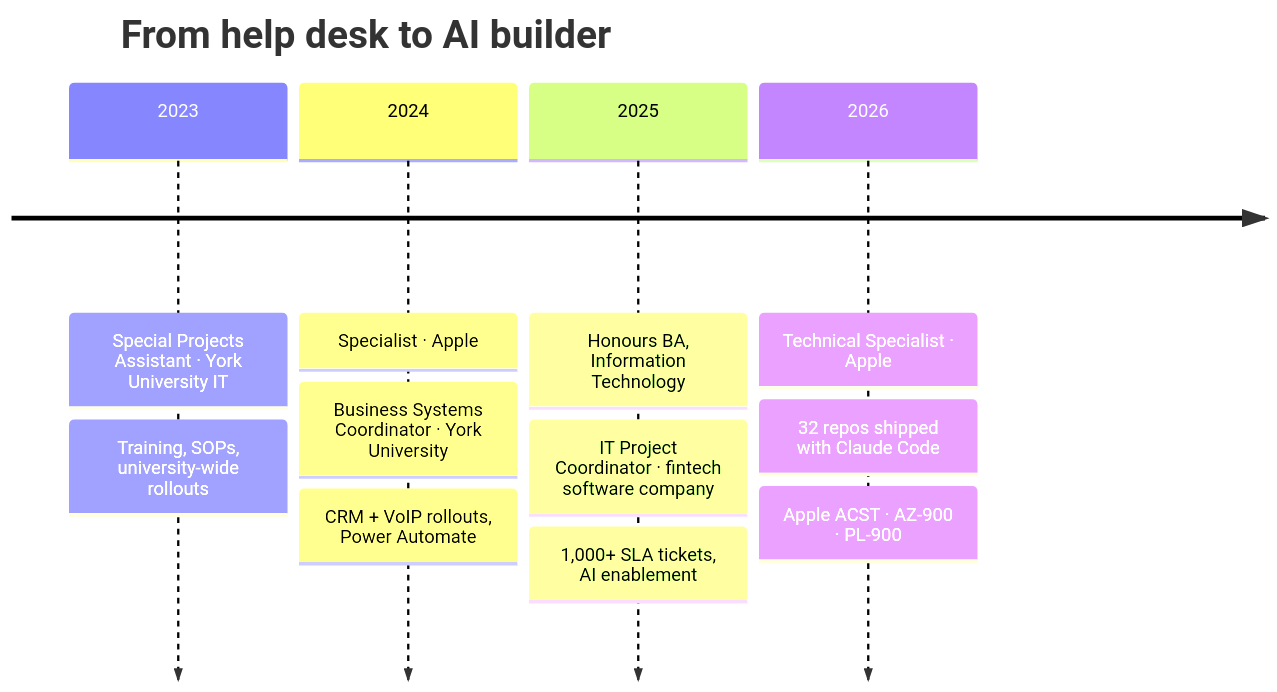
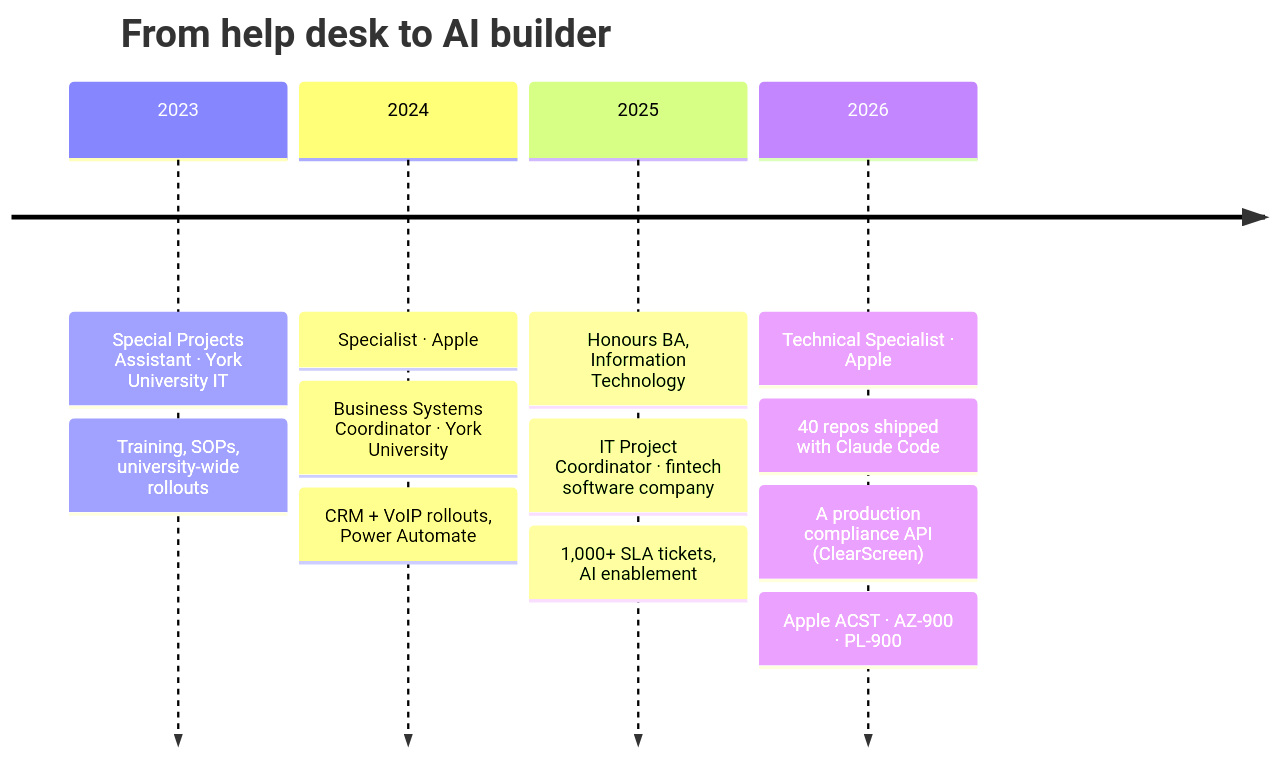
Before and after one commit to Ark310/Ark310: the diagram in README.md, drawn with Mermaid. The commit also changed other lines of this file, not shown here.

Commit message:
docs: v4 profile - feature ClearScreen, enterprise knowledge platform and reporting suite; refresh numbers

````diff
--- a/README.md
+++ b/README.md
@@ -37,8 +37,8 @@
 ```mermaid
 timeline
     title From help desk to AI builder
     2023 : Special Projects Assistant · York University IT : Training, SOPs, university-wide rollouts
     2024 : Specialist · Apple : Business Systems Coordinator · York University : CRM + VoIP rollouts, Power Automate
     2025 : Honours BA, Information Technology : IT Project Coordinator · fintech software company : 1,000+ SLA tickets, AI enablement
-    2026 : Technical Specialist · Apple : 32 repos shipped with Claude Code : Apple ACST · AZ-900 · PL-900
+    2026 : Technical Specialist · Apple : 40 repos shipped with Claude Code : A production compliance API (ClearScreen) : Apple ACST · AZ-900 · PL-900
 ```
````
